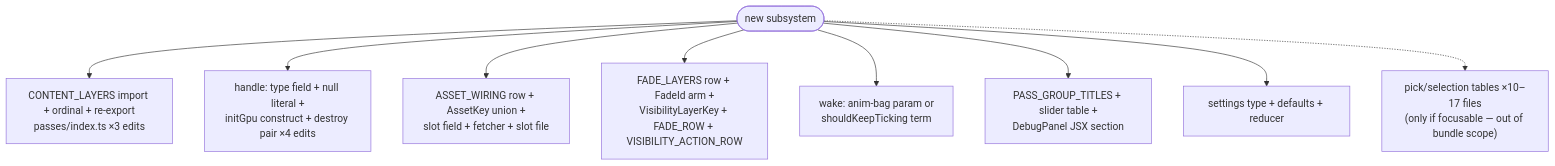
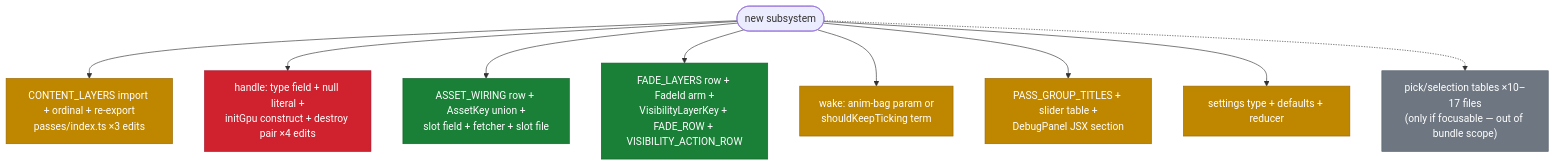
One commit to rulkens/skymap changed the first of 5 diagrams in docs/research/engine/current-contracts-map.md. Above: the diagram before and after it, drawn with Mermaid. The commit also changed other lines of this file, not shown here.

Commit message:
docs(research): restyle contracts map — legend, status dots, colored diagram nodes

````diff
--- a/docs/research/engine/current-contracts-map.md
+++ b/docs/research/engine/current-contracts-map.md
@@ -32,12 +33,20 @@
 ```mermaid
 flowchart TD
     NS(["new subsystem"])
     NS --> L["CONTENT_LAYERS import + ordinal + re-export<br/>passes/index.ts ×3 edits"]
     NS --> H["handle: type field + null literal +<br/>initGpu construct + destroy pair ×4 edits"]
     NS --> A["ASSET_WIRING row + AssetKey union +<br/>slot field + fetcher + slot file"]
     NS --> F["FADE_LAYERS row + FadeId arm +<br/>VisibilityLayerKey + FADE_ROW + VISIBILITY_ACTION_ROW"]
     NS --> W["wake: anim-bag param or<br/>shouldKeepTicking term"]
     NS --> D["PASS_GROUP_TITLES + slider table +<br/>DebugPanel JSX section"]
     NS --> S["settings type + defaults + reducer"]
     NS -.-> P["pick/selection tables ×10–17 files<br/>(only if focusable — out of bundle scope)"]
+    classDef good fill:#1a7f37,stroke:#116329,color:#ffffff
+    classDef warn fill:#bf8700,stroke:#9a6700,color:#ffffff
+    classDef bad fill:#cf222e,stroke:#a40e26,color:#ffffff
+    classDef out fill:#6e7781,stroke:#57606a,color:#ffffff
+    class A,F good
+    class L,W,D,S warn
+    class H bad
+    class P out
 ```
````
